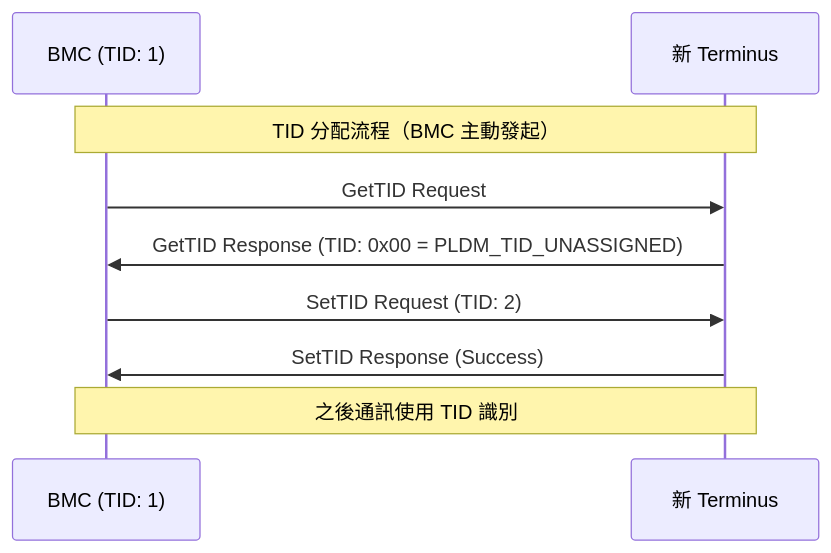
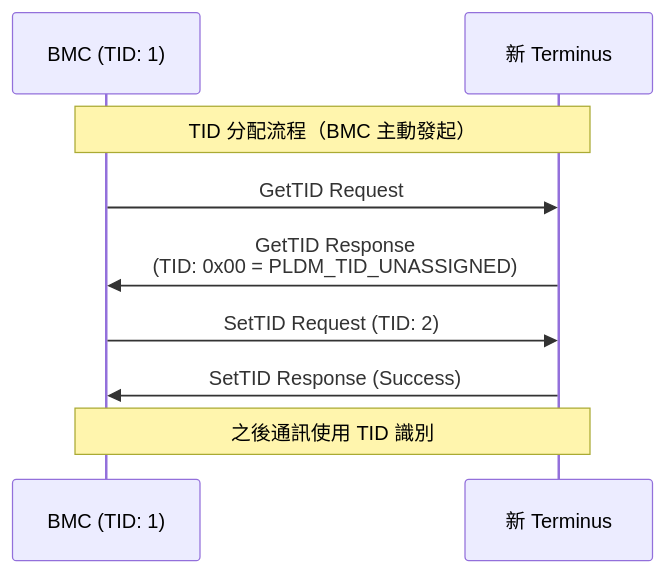
One commit to chilung-cgu/bmc-firmware-knowledge-base changed the fourth of 6 diagrams in pldm/PLDMOverview.md. Above: the diagram before and after it, drawn with Mermaid. The commit also changed other lines of this file and 18 other files, not shown here.

First line of the commit message:
docs(pldm): 批量優化 Mermaid 流程圖排版解決文字截斷問題

````diff
--- a/pldm/PLDMOverview.md
+++ b/pldm/PLDMOverview.md
@@ -248,13 +254,13 @@
 ```mermaid
 sequenceDiagram
     participant BMC as BMC (TID: 1)
     participant New as 新 Terminus
 
     Note over BMC,New: TID 分配流程（BMC 主動發起）
     BMC->>New: GetTID Request
-    New->>BMC: GetTID Response (TID: 0x00 = PLDM_TID_UNASSIGNED)
+    New->>BMC: GetTID Response<br>(TID: 0x00 = PLDM_TID_UNASSIGNED)
     BMC->>New: SetTID Request (TID: 2)
     New->>BMC: SetTID Response (Success)
 
     Note over BMC,New: 之後通訊使用 TID 識別
 ```
````
